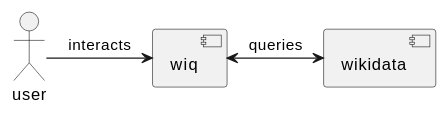
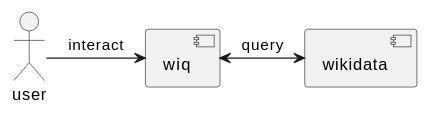
Before and after one commit to angelalvaigle/wiq_uo17919: the first of 3 diagrams in docs/src/05_building_block_view.adoc, drawn with PlantUML. The commit also changed 4 other files, not shown here.

```diff
--- a/docs/src/05_building_block_view.adoc
+++ b/docs/src/05_building_block_view.adoc
@@ -6,9 +6,9 @@
 [plantuml, "whitebox_overall_system", svg]
 ----
 actor user
 component wiq as "wiq"
 component wikidata as "wikidata"
 
-user -right-> wiq: interacts
-wiq <-right-> wikidata: queries
+user -right-> wiq: interact
+wiq <-right-> wikidata: query
 ----
```
